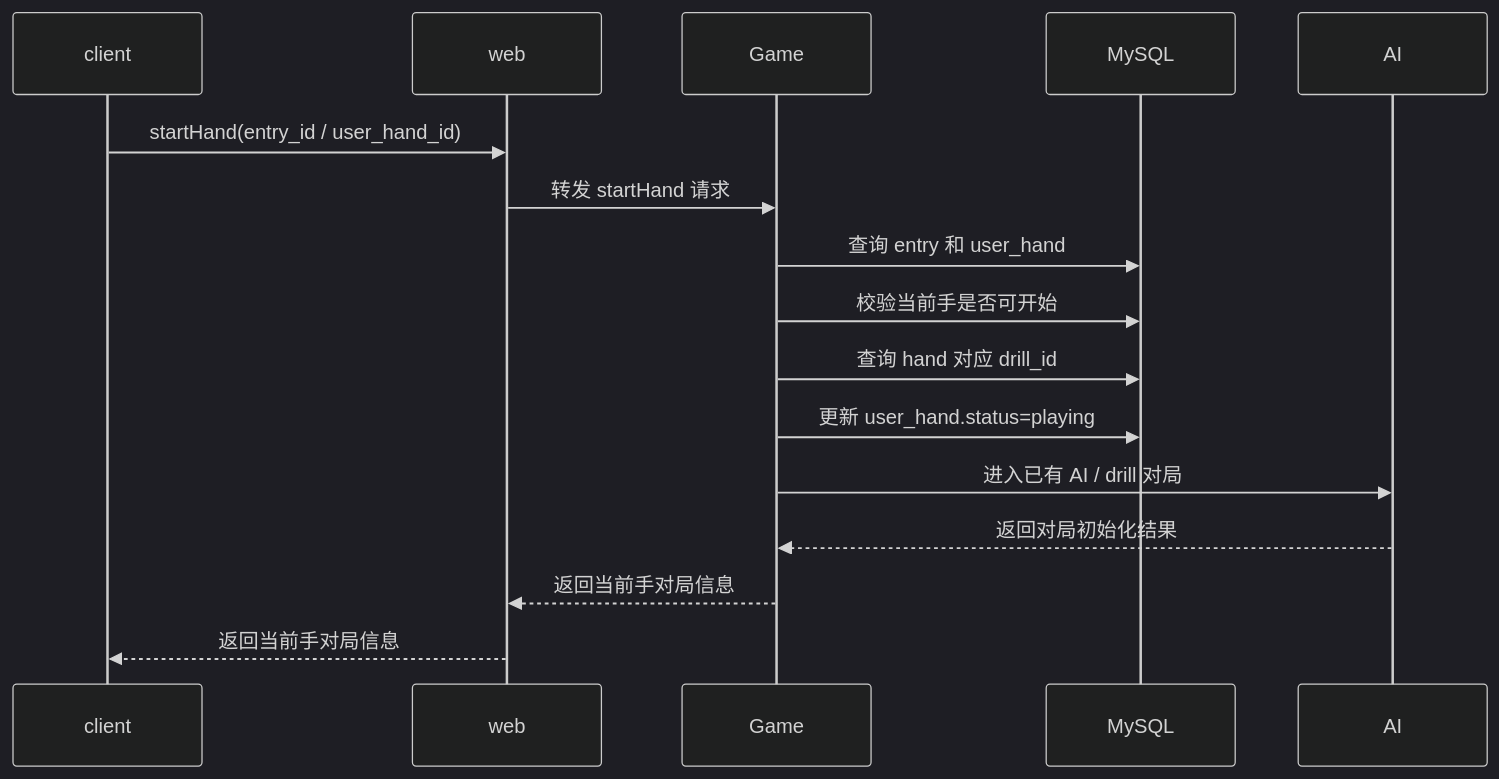
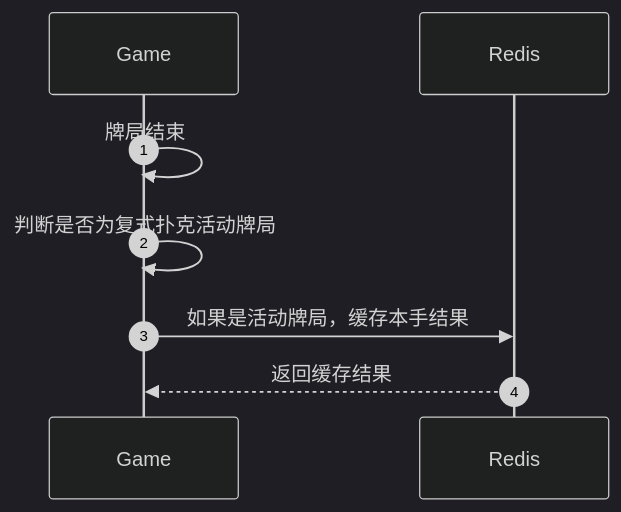
The eighth of 12 diagrams in docs/复述扑克/评审02/02-设计文档.md (zdl20251023-pixel/agent-frame), drawn with Mermaid (dark theme) before and after one commit. The commit also changed other lines of this file and 1 other file, not shown here.

````diff
--- a/docs/复述扑克/评审02/02-设计文档.md
+++ b/docs/复述扑克/评审02/02-设计文档.md
@@ -277,19 +373,11 @@
 ```mermaid
 sequenceDiagram
-    participant client
-    participant web
+    autonumber
     participant Game
-    participant MySQL
-    participant AI
+    participant Redis
 
-    client->>web: startHand(entry_id / user_hand_id)
-    web->>Game: 转发 startHand 请求
-    Game->>MySQL: 查询 entry 和 user_hand
-    Game->>MySQL: 校验当前手是否可开始
-    Game->>MySQL: 查询 hand 对应 drill_id
-    Game->>MySQL: 更新 user_hand.status=playing
-    Game->>AI: 进入已有 AI / drill 对局
-    AI-->>Game: 返回对局初始化结果
-    Game-->>web: 返回当前手对局信息
-    web-->>client: 返回当前手对局信息
+    Game->>Game: 牌局结束
+    Game->>Game: 判断是否为复式扑克活动牌局
+    Game->>Redis: 如果是活动牌局，缓存本手结果
+    Redis-->>Game: 返回缓存结果
 ```
````
